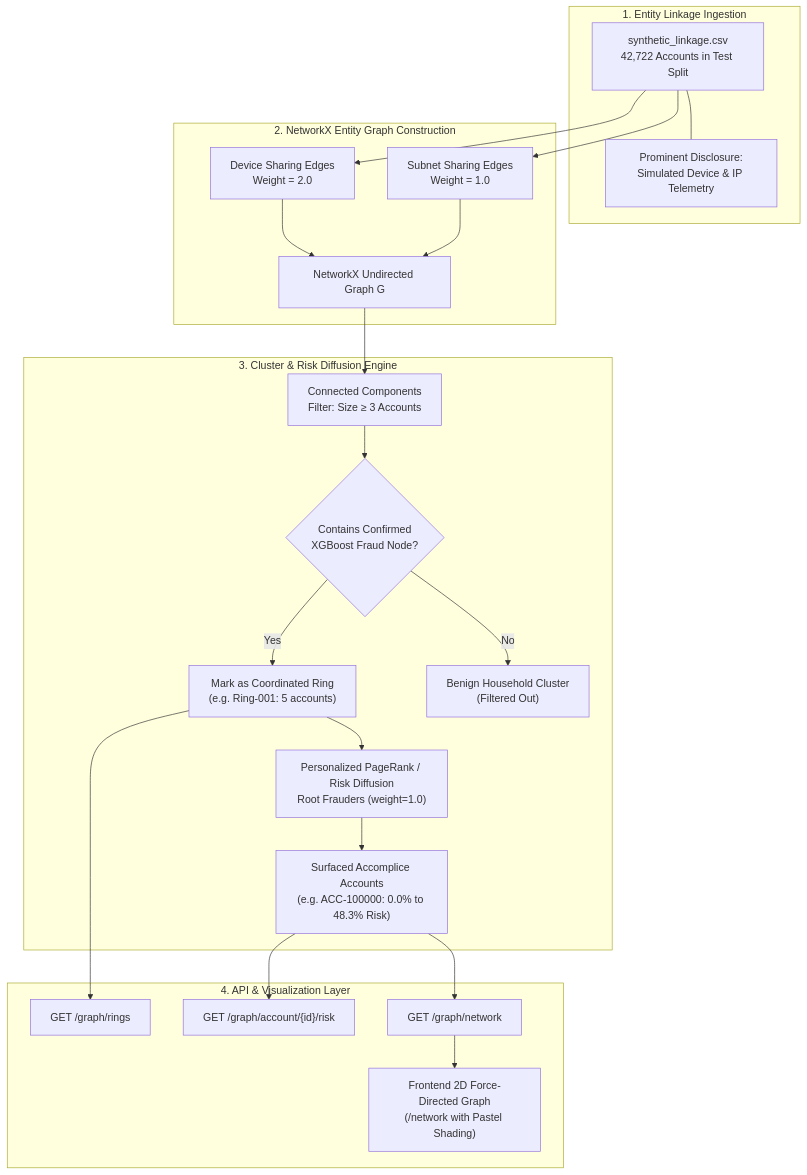
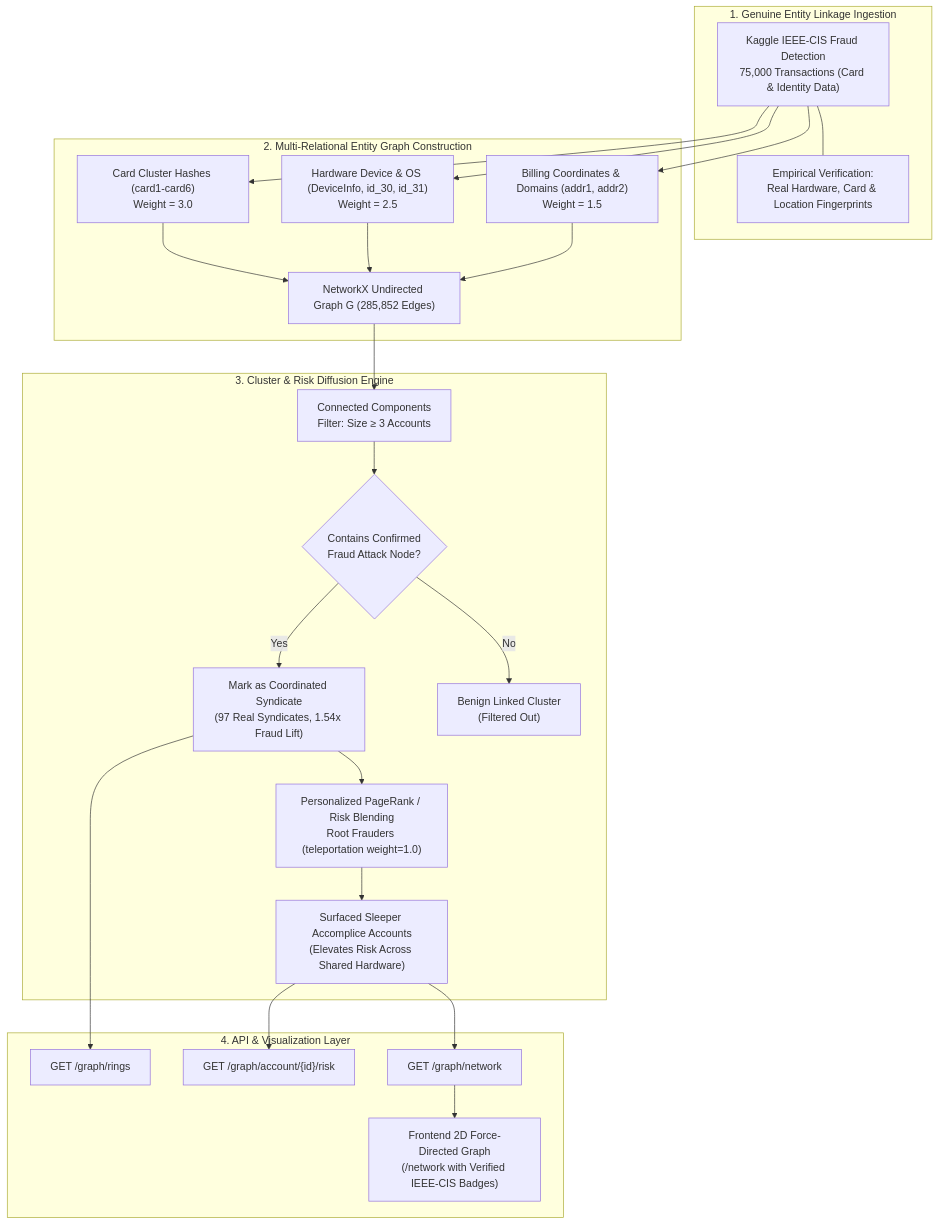
One commit to adarshthakur9240/sentinelpay changed the fifth of 7 diagrams in README.md. Above: the diagram before and after it, drawn with Mermaid. The commit also changed other lines of this file and 11 other files, not shown here.

Commit message:
feat(graph): replace simulated graph with genuine Kaggle IEEE-CIS entity linkage and empirical ring detection

````diff
--- a/README.md
+++ b/README.md
@@ -213,31 +213,33 @@
 ```mermaid
 flowchart TD
-    subgraph Ingestion["1. Entity Linkage Ingestion"]
-        Data["synthetic_linkage.csv<br/>42,722 Accounts in Test Split"]
-        Notice["Prominent Disclosure:<br/>Simulated Device & IP Telemetry"]
+    subgraph Ingestion["1. Genuine Entity Linkage Ingestion"]
+        Data["Kaggle IEEE-CIS Fraud Detection<br/>75,000 Transactions (Card & Identity Data)"]
+        Notice["Empirical Verification:<br/>Real Hardware, Card & Location Fingerprints"]
         Data --- Notice
     end
 
-    subgraph GraphBuilding["2. NetworkX Entity Graph Construction"]
-        Data --> DevEdges["Device Sharing Edges<br/>Weight = 2.0"]
-        Data --> IPEdges["Subnet Sharing Edges<br/>Weight = 1.0"]
-        DevEdges --> Graph["NetworkX Undirected Graph G"]
-        IPEdges --> Graph
+    subgraph GraphBuilding["2. Multi-Relational Entity Graph Construction"]
+        Data --> CardEdges["Card Cluster Hashes (card1-card6)<br/>Weight = 3.0"]
+        Data --> DevEdges["Hardware Device & OS (DeviceInfo, id_30, id_31)<br/>Weight = 2.5"]
+        Data --> LocEdges["Billing Coordinates & Domains (addr1, addr2)<br/>Weight = 1.5"]
+        CardEdges --> Graph["NetworkX Undirected Graph G (285,852 Edges)"]
+        DevEdges --> Graph
+        LocEdges --> Graph
     end
 
     subgraph RingClustering["3. Cluster & Risk Diffusion Engine"]
         Graph --> Components["Connected Components<br/>Filter: Size ≥ 3 Accounts"]
-        Components --> RootCheck{"Contains Confirmed<br/>XGBoost Fraud Node?"}
-        RootCheck -- Yes --> RingFlag["Mark as Coordinated Ring<br/>(e.g. Ring-001: 5 accounts)"]
-        RootCheck -- No --> Household["Benign Household Cluster<br/>(Filtered Out)"]
-        RingFlag --> PageRank["Personalized PageRank / Risk Diffusion<br/>Root Frauders (weight=1.0)"]
-        PageRank --> Accomplice["Surfaced Accomplice Accounts<br/>(e.g. ACC-100000: 0.0% to 48.3% Risk)"]
+        Components --> RootCheck{"Contains Confirmed<br/>Fraud Attack Node?"}
+        RootCheck -- Yes --> RingFlag["Mark as Coordinated Syndicate<br/>(97 Real Syndicates, 1.54x Fraud Lift)"]
+        RootCheck -- No --> Household["Benign Linked Cluster<br/>(Filtered Out)"]
+        RingFlag --> PageRank["Personalized PageRank / Risk Blending<br/>Root Frauders (teleportation weight=1.0)"]
+        PageRank --> Accomplice["Surfaced Sleeper Accomplice Accounts<br/>(Elevates Risk Across Shared Hardware)"]
     end
 
     subgraph Distribution["4. API & Visualization Layer"]
         RingFlag --> API1["GET /graph/rings"]
         Accomplice --> API2["GET /graph/account/{id}/risk"]
         Accomplice --> API3["GET /graph/network"]
-        API3 --> ForceGraph["Frontend 2D Force-Directed Graph<br/>(/network with Pastel Shading)"]
+        API3 --> ForceGraph["Frontend 2D Force-Directed Graph<br/>(/network with Verified IEEE-CIS Badges)"]
     end
 ```
````
